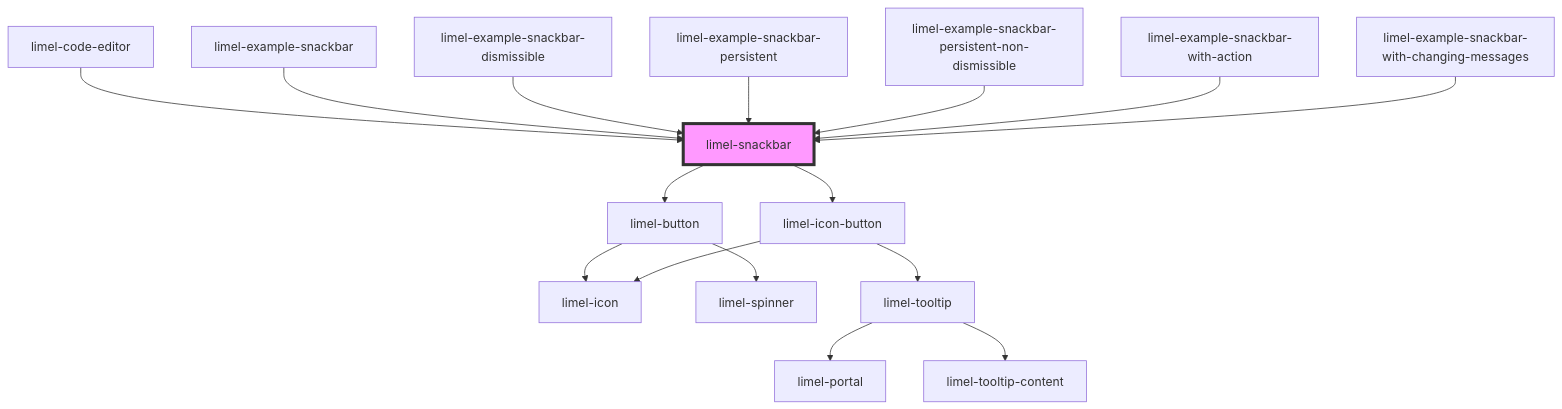
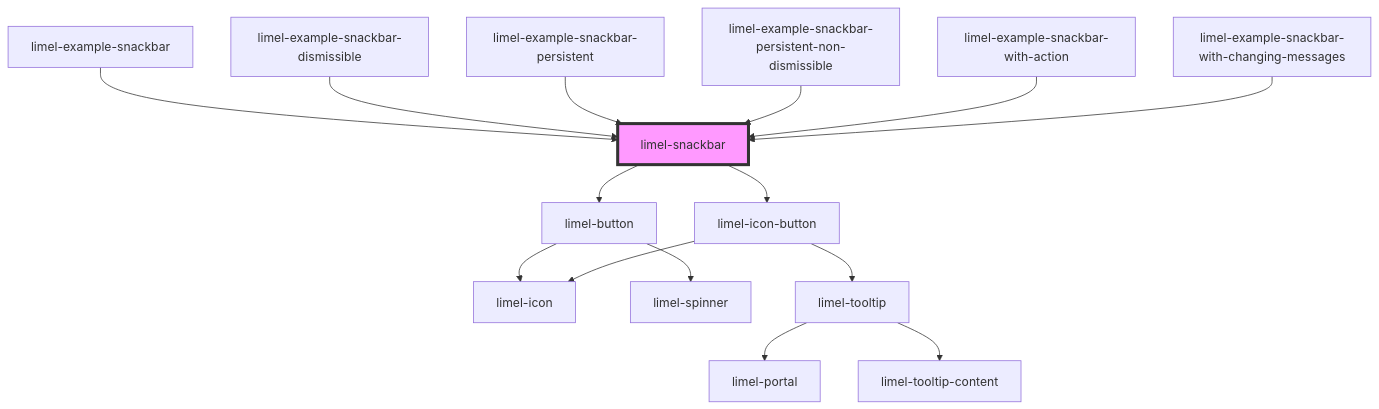
One commit to Lundalogik/lime-elements changed the diagram in versions/PR-3768/markdown-docs/components/snackbar/readme.md. Above: the diagram before and after it, drawn with Mermaid. The commit also changed other lines of this file and 30 other files, not shown here.

````diff
--- a/versions/PR-3768/markdown-docs/components/snackbar/readme.md
+++ b/versions/PR-3768/markdown-docs/components/snackbar/readme.md
@@ -83,19 +82,18 @@
 ```mermaid
 graph TD;
   limel-snackbar --> limel-button
   limel-snackbar --> limel-icon-button
   limel-button --> limel-icon
   limel-button --> limel-spinner
   limel-icon-button --> limel-icon
   limel-icon-button --> limel-tooltip
   limel-tooltip --> limel-portal
   limel-tooltip --> limel-tooltip-content
-  limel-code-editor --> limel-snackbar
   limel-example-snackbar --> limel-snackbar
   limel-example-snackbar-dismissible --> limel-snackbar
   limel-example-snackbar-persistent --> limel-snackbar
   limel-example-snackbar-persistent-non-dismissible --> limel-snackbar
   limel-example-snackbar-with-action --> limel-snackbar
   limel-example-snackbar-with-changing-messages --> limel-snackbar
   style limel-snackbar fill:#f9f,stroke:#333,stroke-width:4px
 ```
````
